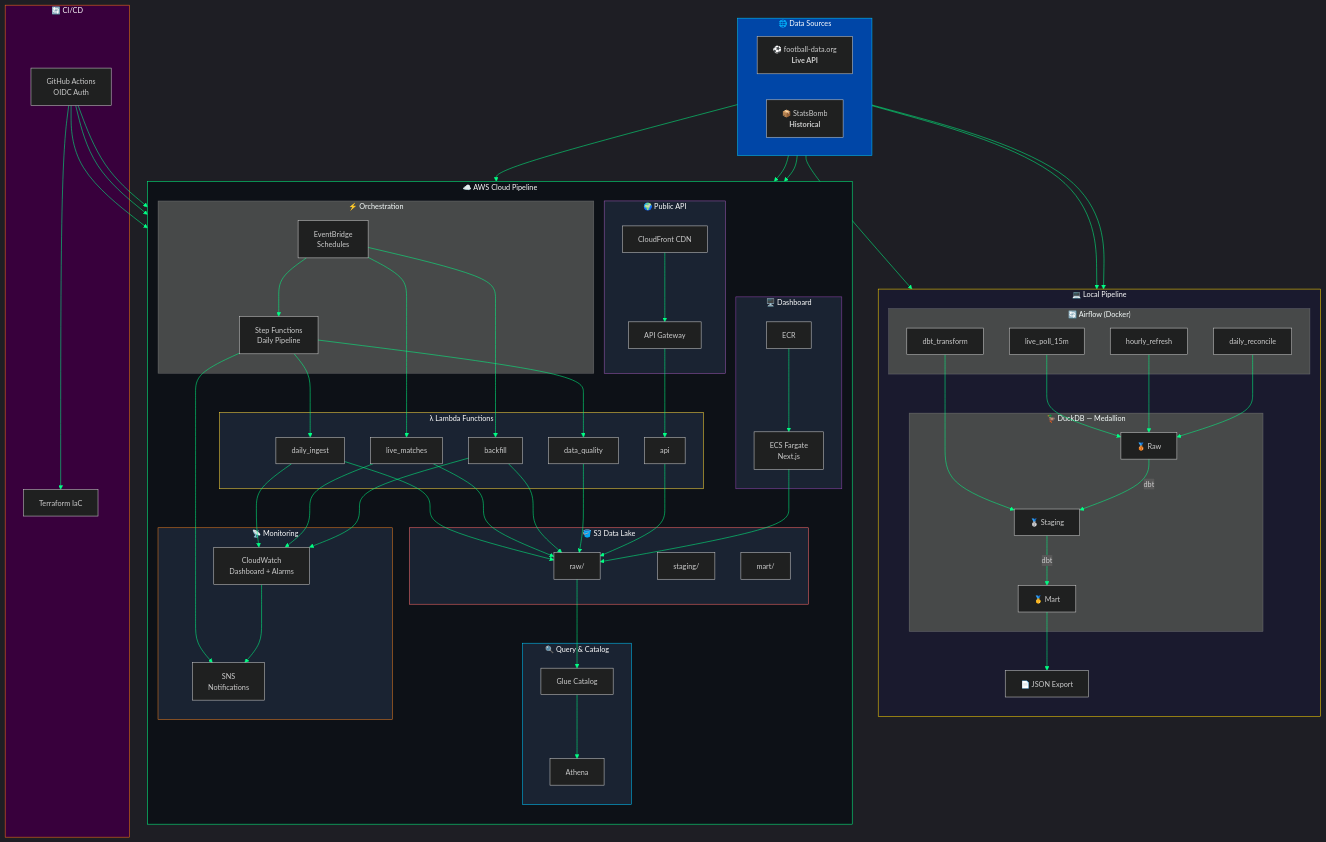
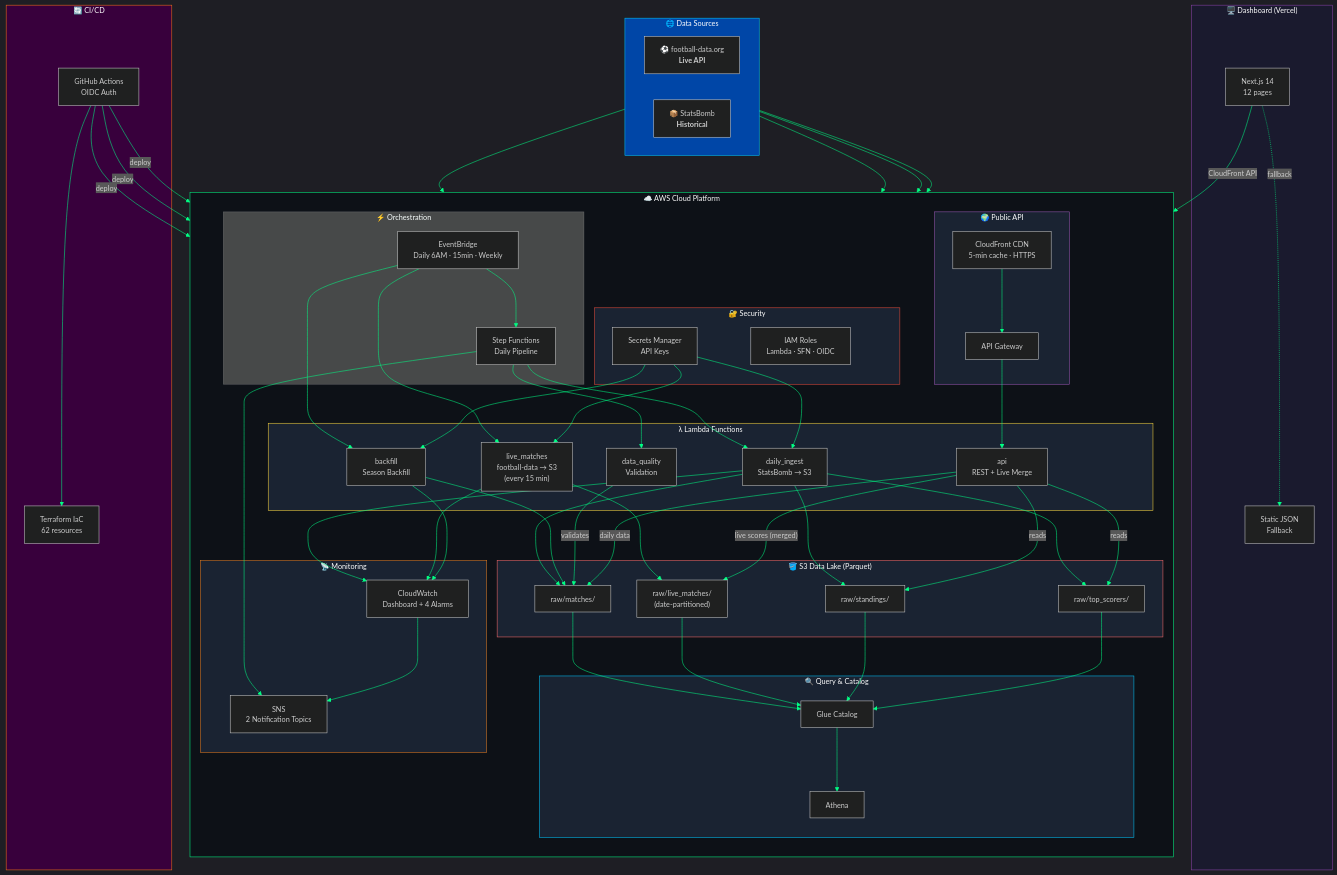
The diagram in docs/architecture.mmd (StarLord598/epl-pipeline-cloud), drawn with Mermaid before and after one commit. The commit also changed 2 other files, not shown here.

Commit message:
docs: update README + architecture for live API, FotMob fixtures, live merge
- Update dashboard page descriptions (Results → FotMob-style, Form/Race → derived from API)
- Update data refresh frequencies to reflect CloudFront API
- Expand ASCII architecture diagram with CloudFront API flow + live merge
- Document live score merge pattern in AWS_ARCHITECTURE.md
- Update Mermaid diagram: Vercel reads from CloudFront (not S3 directly), API does live merge
- Fix ECS Fargate → Vercel in Mermaid (actual deployment target)

```diff
--- a/docs/architecture.mmd
+++ b/docs/architecture.mmd
@@ -1,119 +1,111 @@
 %%{init: {'theme': 'dark', 'themeVariables': {'fontSize': '14px', 'primaryColor': '#38003c', 'lineColor': '#00ff85'}}}%%
 
 flowchart TB
     subgraph SRC["🌐 Data Sources"]
         direction LR
         A1["⚽ football-data.org<br/><b>Live API</b>"]
         A2["📦 StatsBomb<br/><b>Historical</b>"]
     end
 
-    subgraph LOCAL["💻 Local Pipeline"]
-        direction TB
-        subgraph AIR["🔄 Airflow (Docker)"]
-            B1["live_poll_15m"]
-            B2["hourly_refresh"]
-            B3["dbt_transform"]
-            B4["daily_reconcile"]
-        end
-        subgraph DWH["🦆 DuckDB — Medallion"]
-            C1["🥉 Raw"]
-            C2["🥈 Staging"]
-            C3["🥇 Mart"]
-        end
-        D1["📄 JSON Export"]
-    end
-
-    subgraph CLOUD["☁️ AWS Cloud Pipeline"]
+    subgraph CLOUD["☁️ AWS Cloud Platform"]
         direction TB
         subgraph ORCH["⚡ Orchestration"]
-            E1["EventBridge<br/>Schedules"]
+            E1["EventBridge<br/>Daily 6AM · 15min · Weekly"]
             E2["Step Functions<br/>Daily Pipeline"]
         end
         subgraph LAMBDA["λ Lambda Functions"]
-            F1["daily_ingest"]
-            F2["live_matches"]
-            F3["backfill"]
-            F4["data_quality"]
-            F5["api"]
+            F1["daily_ingest<br/>StatsBomb → S3"]
+            F2["live_matches<br/>football-data → S3<br/>(every 15 min)"]
+            F3["backfill<br/>Season Backfill"]
+            F4["data_quality<br/>Validation"]
+            F5["api<br/>REST + Live Merge"]
         end
-        subgraph LAKE["🪣 S3 Data Lake"]
-            G1["raw/"]
-            G2["staging/"]
-            G3["mart/"]
+        subgraph LAKE["🪣 S3 Data Lake (Parquet)"]
+            G1["raw/matches/"]
+            G2["raw/live_matches/<br/>(date-partitioned)"]
+            G3["raw/standings/"]
+            G4["raw/top_scorers/"]
         end
         subgraph QUERY["🔍 Query & Catalog"]
             H1["Glue Catalog"]
             H2["Athena"]
         end
         subgraph API["🌍 Public API"]
             I1["API Gateway"]
-            I2["CloudFront CDN"]
-        end
-        subgraph DASH["🖥️ Dashboard"]
-            J1["ECR"]
-            J2["ECS Fargate<br/>Next.js"]
+            I2["CloudFront CDN<br/>5-min cache · HTTPS"]
         end
         subgraph MON["📡 Monitoring"]
-            K1["CloudWatch<br/>Dashboard + Alarms"]
-            K2["SNS<br/>Notifications"]
+            K1["CloudWatch<br/>Dashboard + 4 Alarms"]
+            K2["SNS<br/>2 Notification Topics"]
         end
+        subgraph SEC["🔐 Security"]
+            SM["Secrets Manager<br/>API Keys"]
+            IAM["IAM Roles<br/>Lambda · SFN · OIDC"]
+        end
+    end
+
+    subgraph DASH["🖥️ Dashboard (Vercel)"]
+        J1["Next.js 14<br/>12 pages"]
+        J2["Static JSON<br/>Fallback"]
     end
 
     subgraph CICD["🔄 CI/CD"]
         L1["GitHub Actions<br/>OIDC Auth"]
-        L2["Terraform IaC"]
+        L2["Terraform IaC<br/>62 resources"]
     end
 
-    %% Source connections
-    A1 --> B1 & B2
-    A2 --> B4
+    %% Source → Lambda
     A1 --> F1 & F2 & F3
+    A2 --> F1
 
-    %% Local flow
-    B1 & B2 & B4 --> C1
-    B3 --> C2
-    C1 -->|dbt| C2 -->|dbt| C3
-    C3 --> D1
-
-    %% Cloud orchestration
+    %% Orchestration
     E1 --> E2
     E1 --> F2 & F3
     E2 --> F1
     E2 --> F4
     E2 --> K2
 
-    %% Lambda to S3
-    F1 & F2 & F3 --> G1
-    F4 --> G1
+    %% Lambda → S3
+    F1 --> G1 & G3 & G4
+    F2 --> G2
+    F3 --> G1
 
-    %% S3 to query
-    G1 --> H1
+    %% Secrets
+    SM --> F1 & F2 & F3
+
+    %% Quality
+    F4 -->|validates| G1
+
+    %% S3 → Query
+    G1 & G2 & G3 & G4 --> H1
     H1 --> H2
 
-    %% API flow
+    %% API flow — live merge
     I2 --> I1 --> F5
-    F5 --> G1
+    F5 -->|"daily data"| G1
+    F5 -->|"live scores (merged)"| G2
+    F5 -->|reads| G3 & G4
 
-    %% Dashboard
-    J1 --> J2
-    J2 --> G1
+    %% Dashboard → CloudFront
+    J1 -->|"CloudFront API"| I2
+    J1 -.->|"fallback"| J2
 
     %% Monitoring
     F1 & F2 & F3 --> K1
     K1 --> K2
 
     %% CI/CD
     L1 --> L2
-    L1 --> F1 & F2 & F3
+    L1 -->|deploy| F1 & F2 & F3
 
     %% Styles
     style SRC fill:#0046A7,stroke:#00c8ff,color:#fff
-    style LOCAL fill:#1a1a2e,stroke:#FFD700,color:#fff
     style CLOUD fill:#0d1117,stroke:#00ff85,color:#fff
+    style DASH fill:#1a1a2e,stroke:#8e44ad,color:#fff
     style CICD fill:#38003c,stroke:#f97316,color:#fff
     style LAKE fill:#1a2332,stroke:#ff6b6b,color:#fff
     style LAMBDA fill:#1a2332,stroke:#ffd93d,color:#fff
     style QUERY fill:#1a2332,stroke:#00c8ff,color:#fff
     style API fill:#1a2332,stroke:#9b59b6,color:#fff
-    style DASH fill:#1a2332,stroke:#8e44ad,color:#fff
     style MON fill:#1a2332,stroke:#e67e22,color:#fff
+    style SEC fill:#1a2332,stroke:#e74c3c,color:#fff
```
